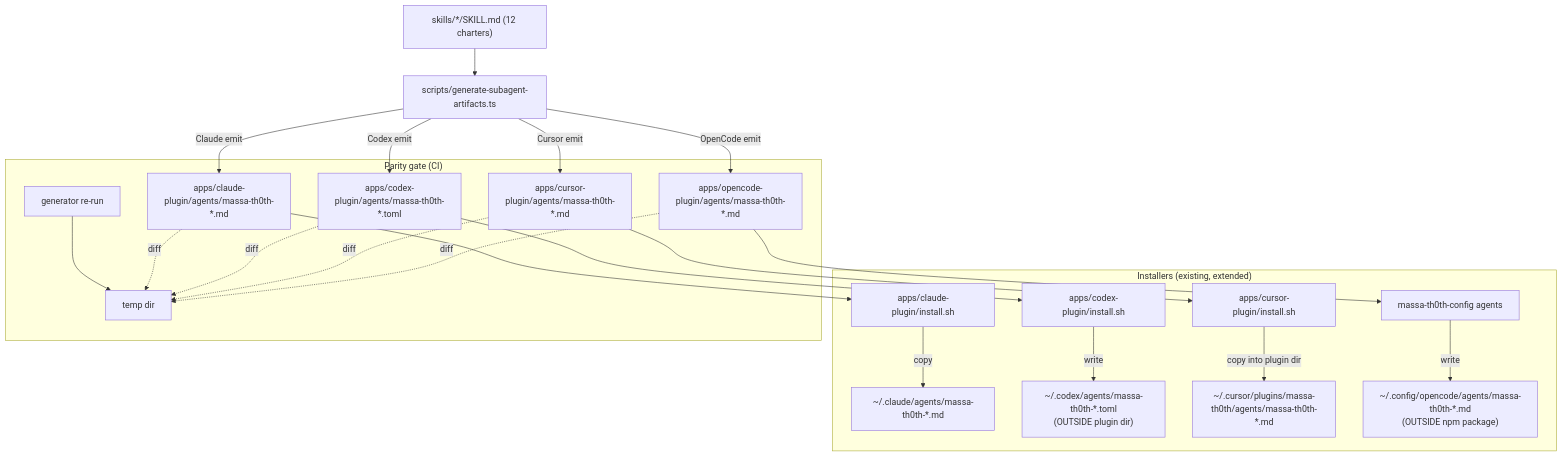
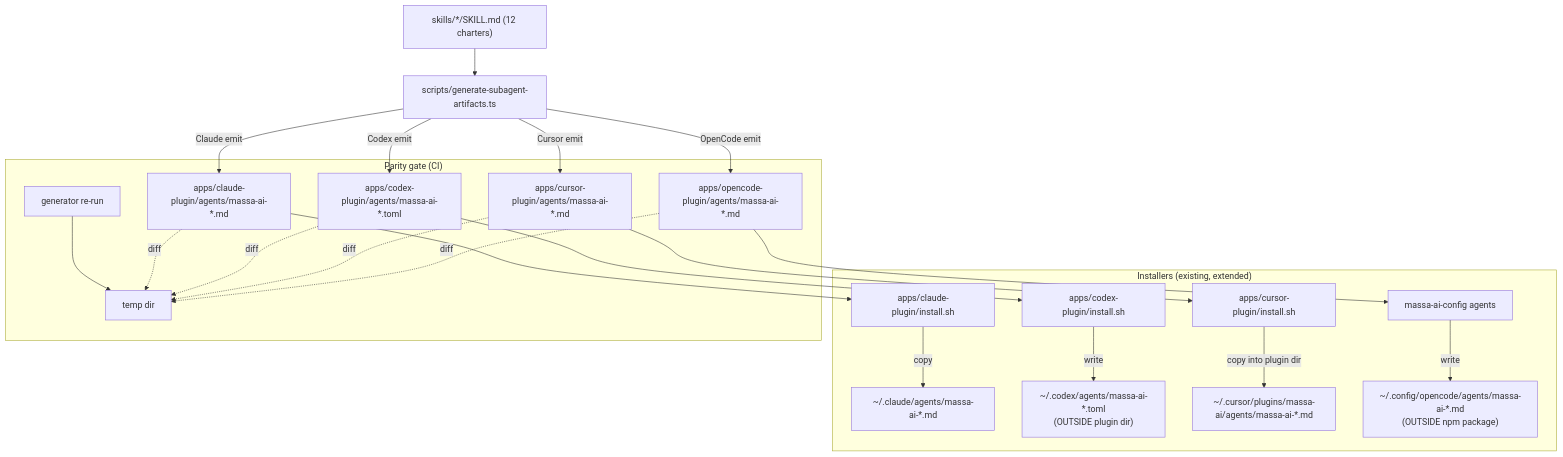
The diagram in .specs/features/subagent-skills-plugin-parity/design.md (luizgmassa/massa-ai), drawn with Mermaid before and after one commit. The commit also changed other lines of this file and 903 other files, not shown here.

````diff
--- a/.specs/features/subagent-skills-plugin-parity/design.md
+++ b/.specs/features/subagent-skills-plugin-parity/design.md
@@ -88,28 +88,28 @@
 ```mermaid
 graph TD
     CHARTERS["skills/*/SKILL.md (12 charters)"] --> GEN["scripts/generate-subagent-artifacts.ts"]
-    GEN -->|Claude emit| CLA["apps/claude-plugin/agents/massa-th0th-*.md"]
-    GEN -->|Codex emit| CDX["apps/codex-plugin/agents/massa-th0th-*.toml"]
-    GEN -->|Cursor emit| CRS["apps/cursor-plugin/agents/massa-th0th-*.md"]
-    GEN -->|OpenCode emit| OPC["apps/opencode-plugin/agents/massa-th0th-*.md"]
+    GEN -->|Claude emit| CLA["apps/claude-plugin/agents/massa-ai-*.md"]
+    GEN -->|Codex emit| CDX["apps/codex-plugin/agents/massa-ai-*.toml"]
+    GEN -->|Cursor emit| CRS["apps/cursor-plugin/agents/massa-ai-*.md"]
+    GEN -->|OpenCode emit| OPC["apps/opencode-plugin/agents/massa-ai-*.md"]
 
     subgraph "Installers (existing, extended)"
-      CLA_INSTALL["apps/claude-plugin/install.sh"] -->|copy| CLA_TARGET["~/.claude/agents/massa-th0th-*.md"]
-      CDX_INSTALL["apps/codex-plugin/install.sh"] -->|write| CDX_TARGET["~/.codex/agents/massa-th0th-*.toml<br/>(OUTSIDE plugin dir)"]
-      CRS_INSTALL["apps/cursor-plugin/install.sh"] -->|copy into plugin dir| CRS_TARGET["~/.cursor/plugins/massa-th0th/agents/massa-th0th-*.md"]
-      OPC_CONFIG["massa-th0th-config agents"] -->|write| OPC_TARGET["~/.config/opencode/agents/massa-th0th-*.md<br/>(OUTSIDE npm package)"]
+      CLA_INSTALL["apps/claude-plugin/install.sh"] -->|copy| CLA_TARGET["~/.claude/agents/massa-ai-*.md"]
+      CDX_INSTALL["apps/codex-plugin/install.sh"] -->|write| CDX_TARGET["~/.codex/agents/massa-ai-*.toml<br/>(OUTSIDE plugin dir)"]
+      CRS_INSTALL["apps/cursor-plugin/install.sh"] -->|copy into plugin dir| CRS_TARGET["~/.cursor/plugins/massa-ai/agents/massa-ai-*.md"]
+      OPC_CONFIG["massa-ai-config agents"] -->|write| OPC_TARGET["~/.config/opencode/agents/massa-ai-*.md<br/>(OUTSIDE npm package)"]
     end
 
     CLA --> CLA_INSTALL
     CDX --> CDX_INSTALL
     CRS --> CRS_INSTALL
     OPC --> OPC_CONFIG
 
     subgraph "Parity gate (CI)"
       GEN2["generator re-run"] --> TMP["temp dir"]
       CLA -.->|diff| TMP
       CDX -.->|diff| TMP
       CRS -.->|diff| TMP
       OPC -.->|diff| TMP
     end
 ```
````
